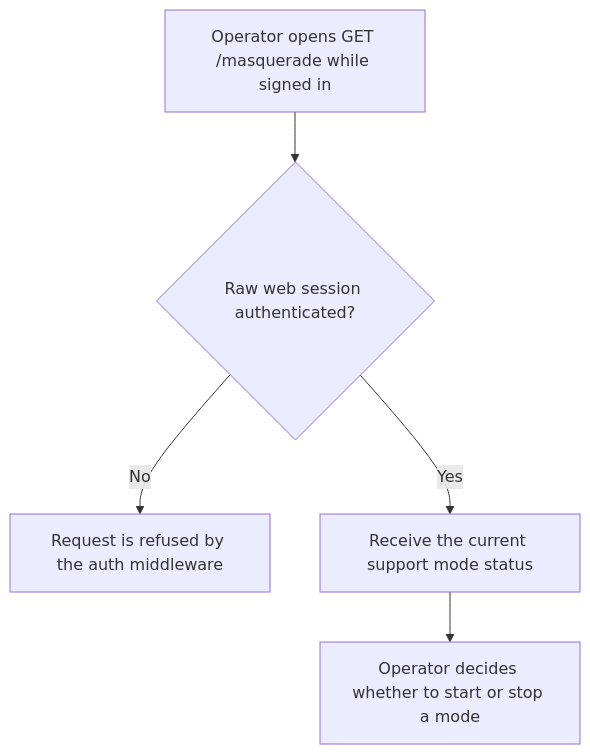
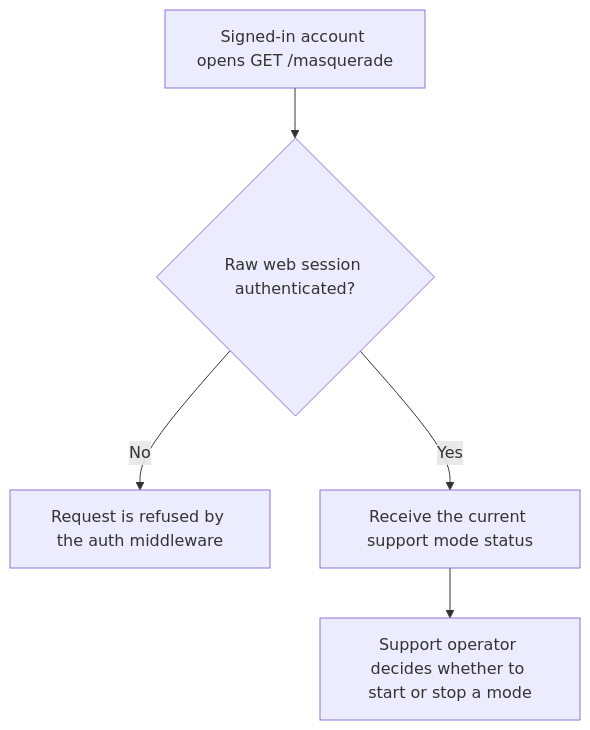
Before and after one commit to Kevinjohn/oss-adonisjs-starter-examples: the first of 2 diagrams in user-stories/support/us-masq-05-read-support-mode-status.md, drawn with Mermaid. The commit also changed other lines of this file and 4 other files, not shown here.

````diff
--- a/user-stories/support/us-masq-05-read-support-mode-status.md
+++ b/user-stories/support/us-masq-05-read-support-mode-status.md
@@ -21,7 +21,7 @@
 ```mermaid
 flowchart TD
-    A["Operator opens GET /masquerade while signed in"] --> B{"Raw web session authenticated?"}
+    A["Signed-in account opens GET /masquerade"] --> B{"Raw web session authenticated?"}
     B -->|No| C["Request is refused by the auth middleware"]
     B -->|Yes| D["Receive the current support mode status"]
-    D --> E["Operator decides whether to start or stop a mode"]
+    D --> E["Support operator decides whether to start or stop a mode"]
 ```
````
